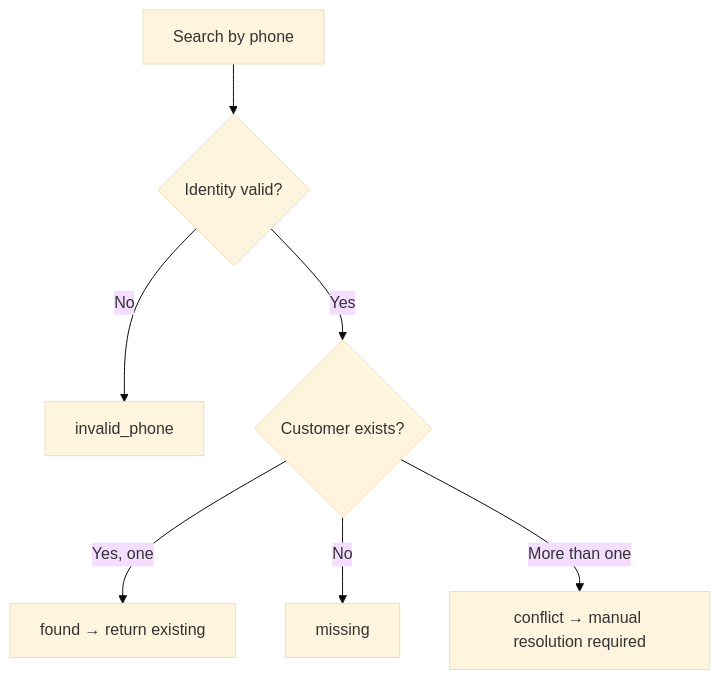
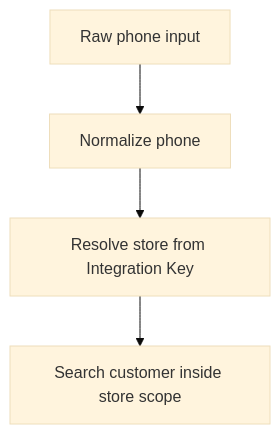
One commit to krischal07/docs changed the diagram in integrations/restrox/native/customer-identity.mdx. Above: the diagram before and after it, drawn with Mermaid (base theme). The commit also changed other lines of this file and 77 other files, not shown here.

````diff
--- a/integrations/restrox/native/customer-identity.mdx
+++ b/integrations/restrox/native/customer-identity.mdx
@@ -62,9 +20,6 @@
 ```mermaid
 flowchart TD
-  A["Search by phone"] --> B{"Identity valid?"}
-  B -- No --> C["invalid_phone"]
-  B -- Yes --> D{"Customer exists?"}
-  D -- Yes, one --> E["found → return existing"]
-  D -- No --> F["missing"]
-  D -- More than one --> G["conflict → manual resolution required"]
+  A["Raw phone input"] --> B["Normalize phone"]
+  B --> C["Resolve store from Integration Key"]
+  C --> D["Search customer inside store scope"]
 ```
````
